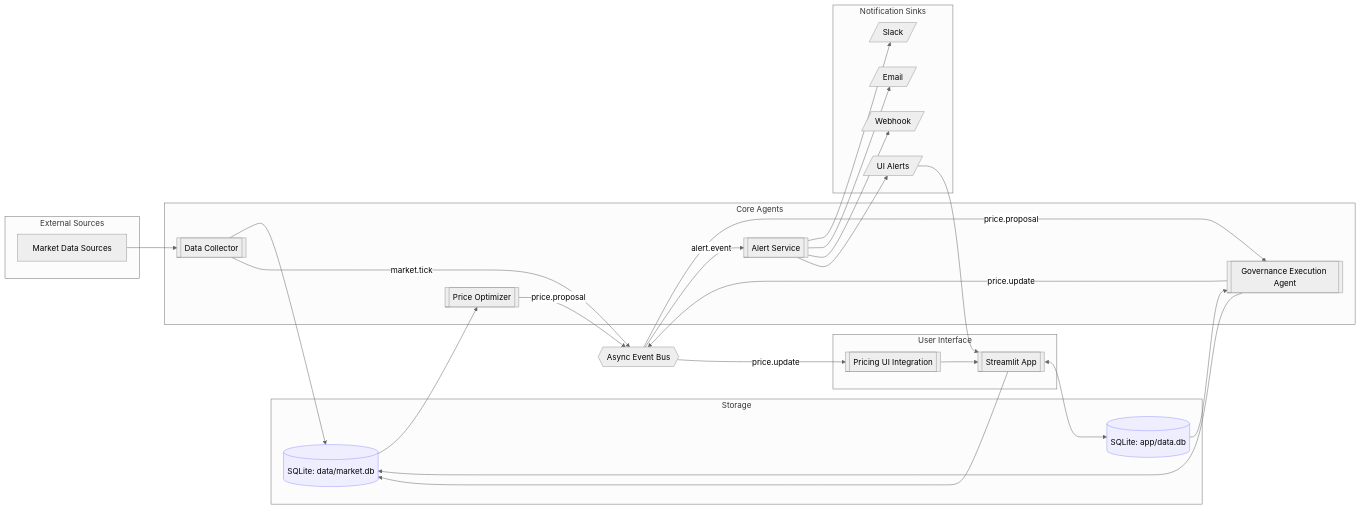
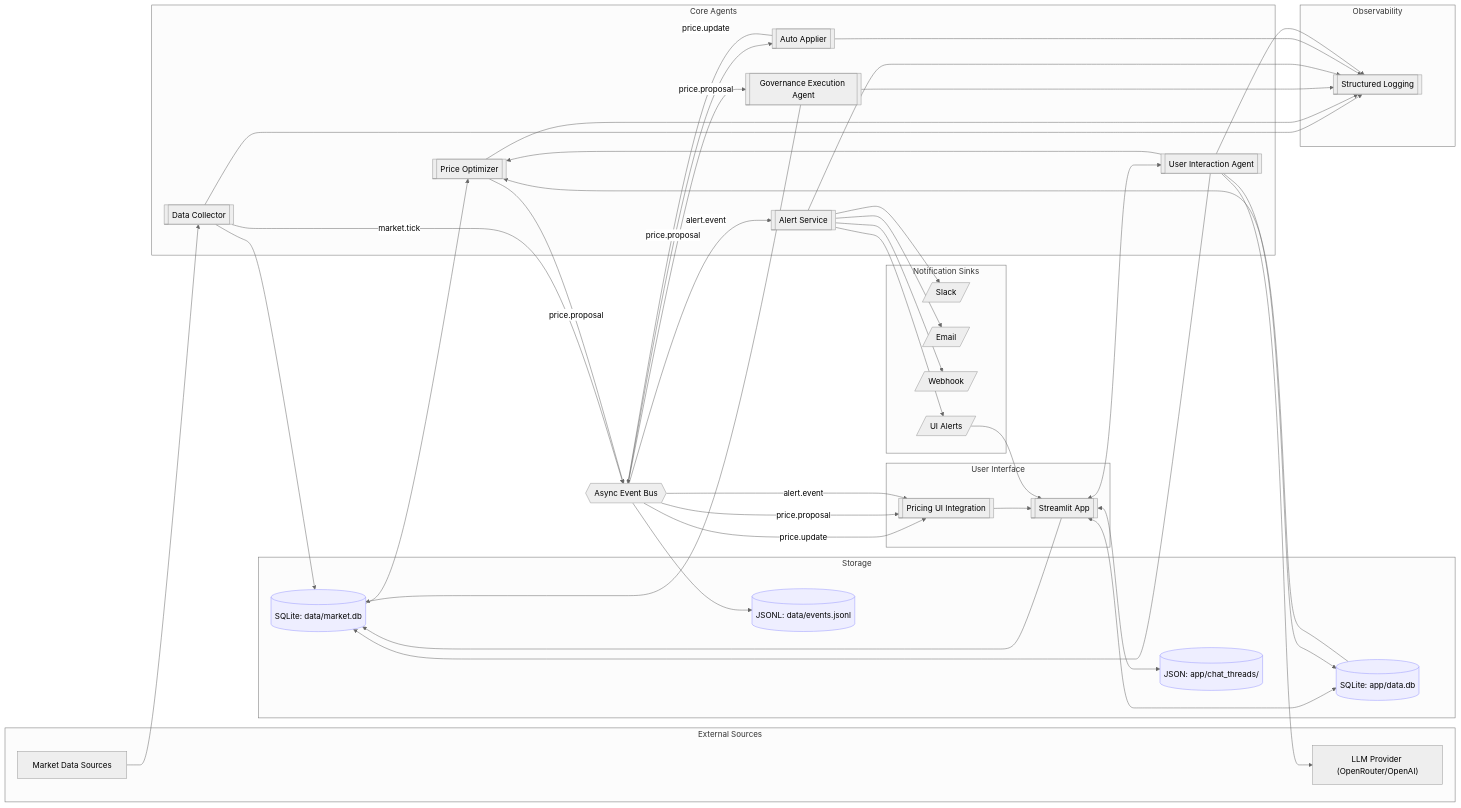
The diagram in docs/system_architecture.mmd (ManushiChamika/dynamic-pricing-ai-IRWA_PROJECT), drawn with Mermaid (neutral theme) before and after one commit. The commit also changed 7 other files, not shown here.

Commit message:
Update project files including README, chat threads, LLM client, settings, and documentation

```diff
--- a/docs/system_architecture.mmd
+++ b/docs/system_architecture.mmd
@@ -1,65 +1,94 @@
 flowchart LR
   %% System Architecture Overview
 
   subgraph Sources[External Sources]
     SRC[Market Data Sources]
+    LLM["LLM Provider (OpenRouter/OpenAI)"]
   end
 
   subgraph Storage[Storage]
     MarketDB[(SQLite: data/market.db)]
     AppDB[(SQLite: app/data.db)]
+    EventsLog[(JSONL: data/events.jsonl)]
+    ChatThreads[(JSON: app/chat_threads/)]
   end
 
   subgraph Agents[Core Agents]
     DC[[Data Collector]]
     PO[[Price Optimizer]]
     GEA[[Governance Execution Agent]]
+    AutoApplier[[Auto Applier]]
     AS[[Alert Service]]
+    UIA[[User Interaction Agent]]
+  end
+
+  subgraph Observability[Observability]
+    Logs[[Structured Logging]]
   end
 
   Bus{{Async Event Bus}}
 
   subgraph UI[User Interface]
     UIBridge[[Pricing UI Integration]]
     Streamlit[[Streamlit App]]
   end
 
   subgraph Notifiers[Notification Sinks]
     Slack[/Slack/]
     Email[/Email/]
     Webhook[/Webhook/]
     UISink[/UI Alerts/]
   end
 
   %% Data ingestion
   SRC --> DC
   DC --> MarketDB
   DC -- market.tick --> Bus
 
   %% Optimization and proposals
   MarketDB --> PO
+  AppDB --> PO
   PO -- price.proposal --> Bus
+
+  %% Governance execution and applying updates
   Bus -- price.proposal --> GEA
-
-  %% Governance execution, guardrails, and updates
-  AppDB --> GEA
+  Bus -- price.proposal --> AutoApplier
   GEA --> MarketDB
-  GEA -- price.update --> Bus
+  AutoApplier -- price.update --> Bus
 
   %% UI integration and settings
   Bus -- price.update --> UIBridge
+  Bus -- price.proposal --> UIBridge
+  Bus -- alert.event --> UIBridge
   UIBridge --> Streamlit
   Streamlit <---> AppDB
   Streamlit --> MarketDB
+  Streamlit <---> ChatThreads
+
+  %% Conversational tooling
+  Streamlit <---> UIA
+  UIA --> AppDB
+  UIA --> MarketDB
+  UIA --> PO
+  UIA --> LLM
 
   %% Alerts
   Bus -- alert.event --> AS
   AS --> Slack
   AS --> Email
   AS --> Webhook
   AS --> UISink
   UISink --> Streamlit
 
+  %% Events & Observability
+  Bus --> EventsLog
+  DC --> Logs
+  PO --> Logs
+  GEA --> Logs
+  AS --> Logs
+  AutoApplier --> Logs
+  UIA --> Logs
+
   %% Notes
   classDef db fill:#eef,stroke:#99f,stroke-width:1px;
-  class MarketDB,AppDB db;
+  class MarketDB,AppDB,EventsLog,ChatThreads db;
```
